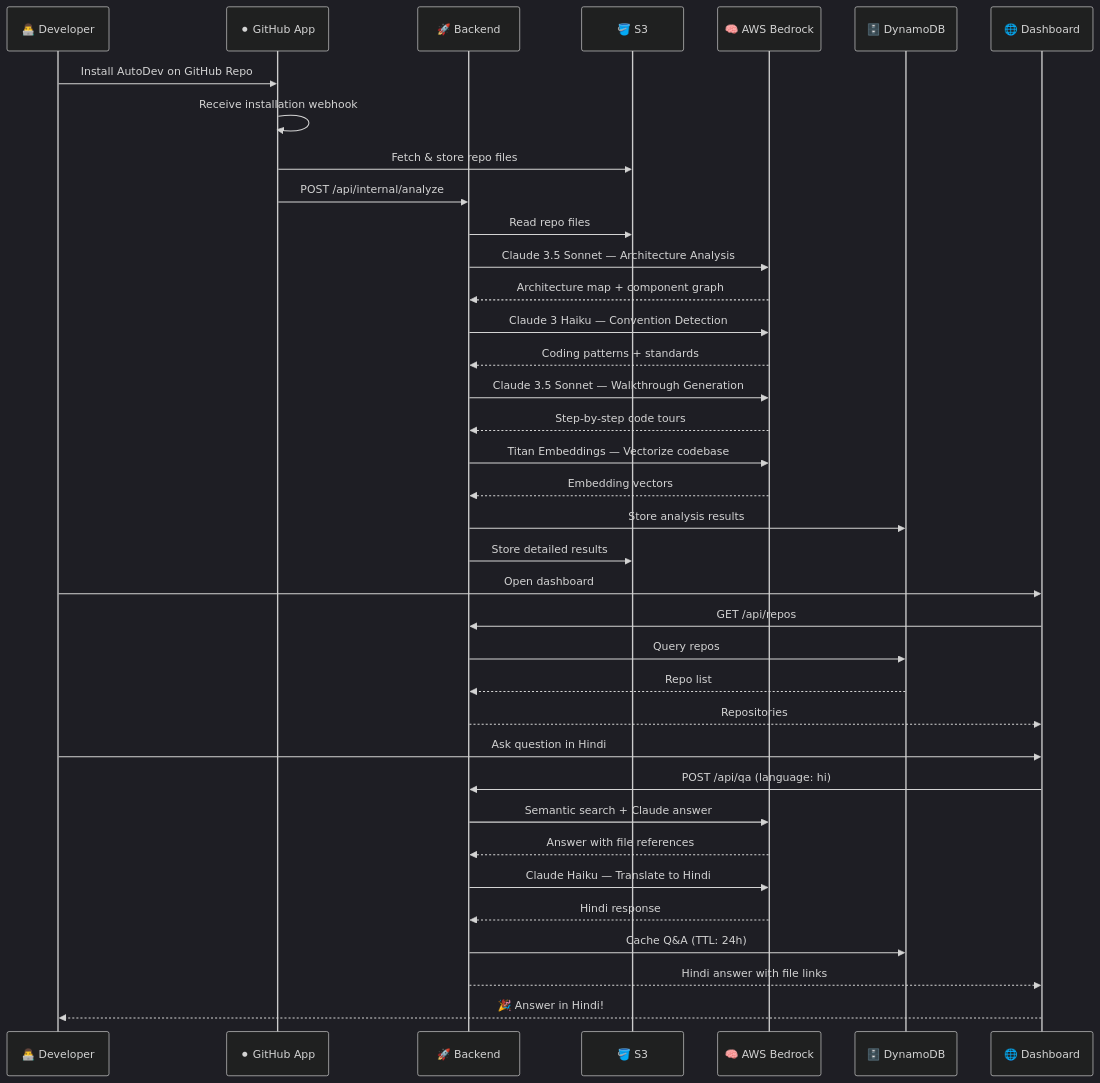
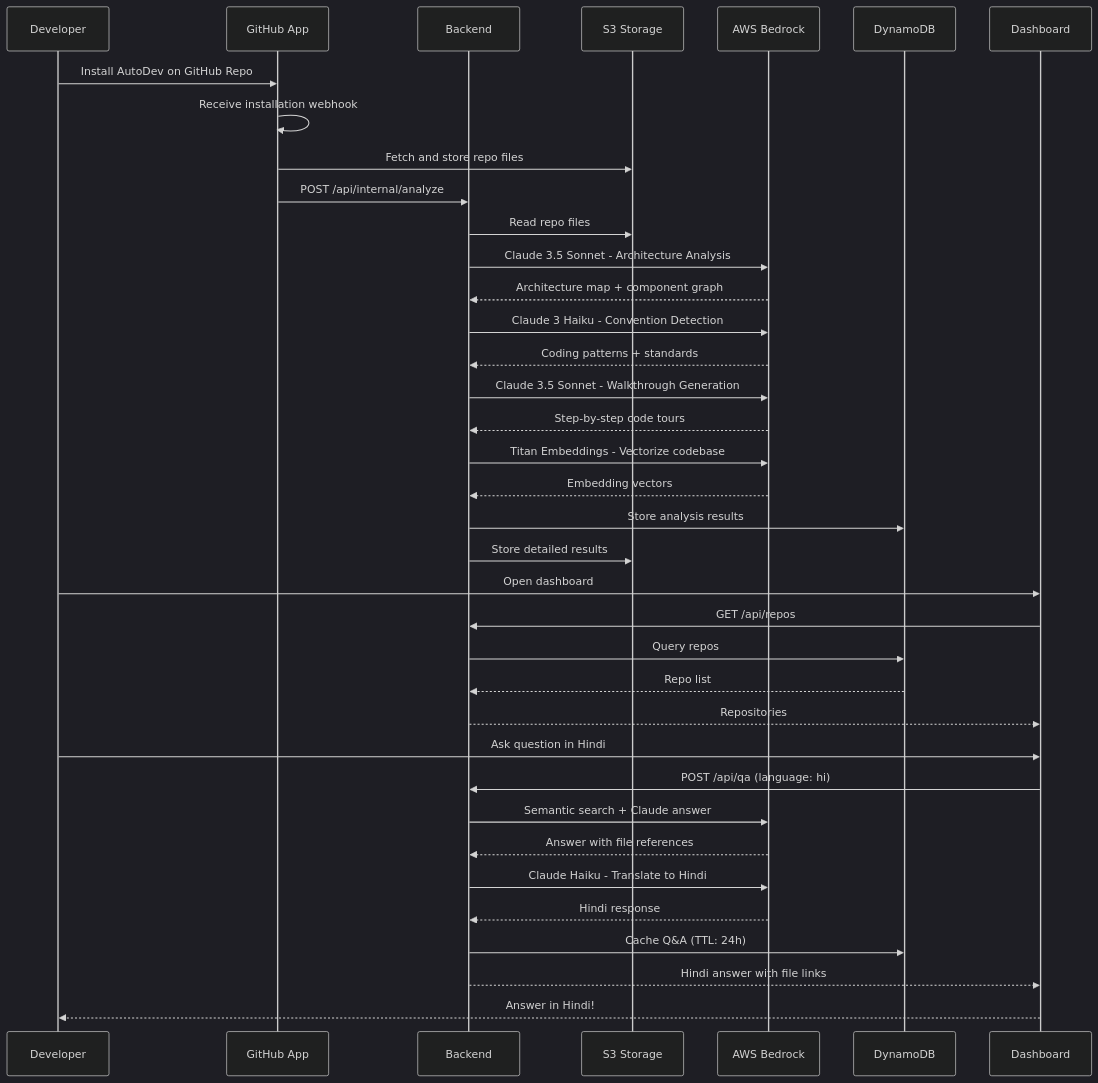
Before and after one commit to STIWARTs/AutoDev-AI: the second of 14 diagrams in README.md, drawn with Mermaid (dark theme). The commit also changed other lines of this file, not shown here.

Commit message:
docs: fix mermaid parse errors - remove emojis from diagrams, fix S3 style typo

````diff
--- a/README.md
+++ b/README.md
@@ -152,42 +152,42 @@
 ```mermaid
 sequenceDiagram
-    participant DEV as 👨‍💻 Developer
-    participant GHA as ⚫ GitHub App
-    participant BE as 🚀 Backend
-    participant S3 as 🪣 S3
-    participant AI as 🧠 AWS Bedrock
-    participant DB as 🗄️ DynamoDB
-    participant UI as 🌐 Dashboard
+    participant DEV as Developer
+    participant GHA as GitHub App
+    participant BE as Backend
+    participant S3 as S3 Storage
+    participant AI as AWS Bedrock
+    participant DB as DynamoDB
+    participant UI as Dashboard
 
     DEV->>GHA: Install AutoDev on GitHub Repo
     GHA->>GHA: Receive installation webhook
-    GHA->>S3: Fetch & store repo files
+    GHA->>S3: Fetch and store repo files
     GHA->>BE: POST /api/internal/analyze
     BE->>S3: Read repo files
-    BE->>AI: Claude 3.5 Sonnet — Architecture Analysis
+    BE->>AI: Claude 3.5 Sonnet - Architecture Analysis
     AI-->>BE: Architecture map + component graph
-    BE->>AI: Claude 3 Haiku — Convention Detection
+    BE->>AI: Claude 3 Haiku - Convention Detection
     AI-->>BE: Coding patterns + standards
-    BE->>AI: Claude 3.5 Sonnet — Walkthrough Generation
+    BE->>AI: Claude 3.5 Sonnet - Walkthrough Generation
     AI-->>BE: Step-by-step code tours
-    BE->>AI: Titan Embeddings — Vectorize codebase
+    BE->>AI: Titan Embeddings - Vectorize codebase
     AI-->>BE: Embedding vectors
     BE->>DB: Store analysis results
     BE->>S3: Store detailed results
 
     DEV->>UI: Open dashboard
     UI->>BE: GET /api/repos
     BE->>DB: Query repos
     DB-->>BE: Repo list
     BE-->>UI: Repositories
 
     DEV->>UI: Ask question in Hindi
     UI->>BE: POST /api/qa (language: hi)
     BE->>AI: Semantic search + Claude answer
     AI-->>BE: Answer with file references
-    BE->>AI: Claude Haiku — Translate to Hindi
+    BE->>AI: Claude Haiku - Translate to Hindi
     AI-->>BE: Hindi response
     BE->>DB: Cache Q&A (TTL: 24h)
     BE-->>UI: Hindi answer with file links
-    UI-->>DEV: 🎉 Answer in Hindi!
+    UI-->>DEV: Answer in Hindi!
 ```
````
